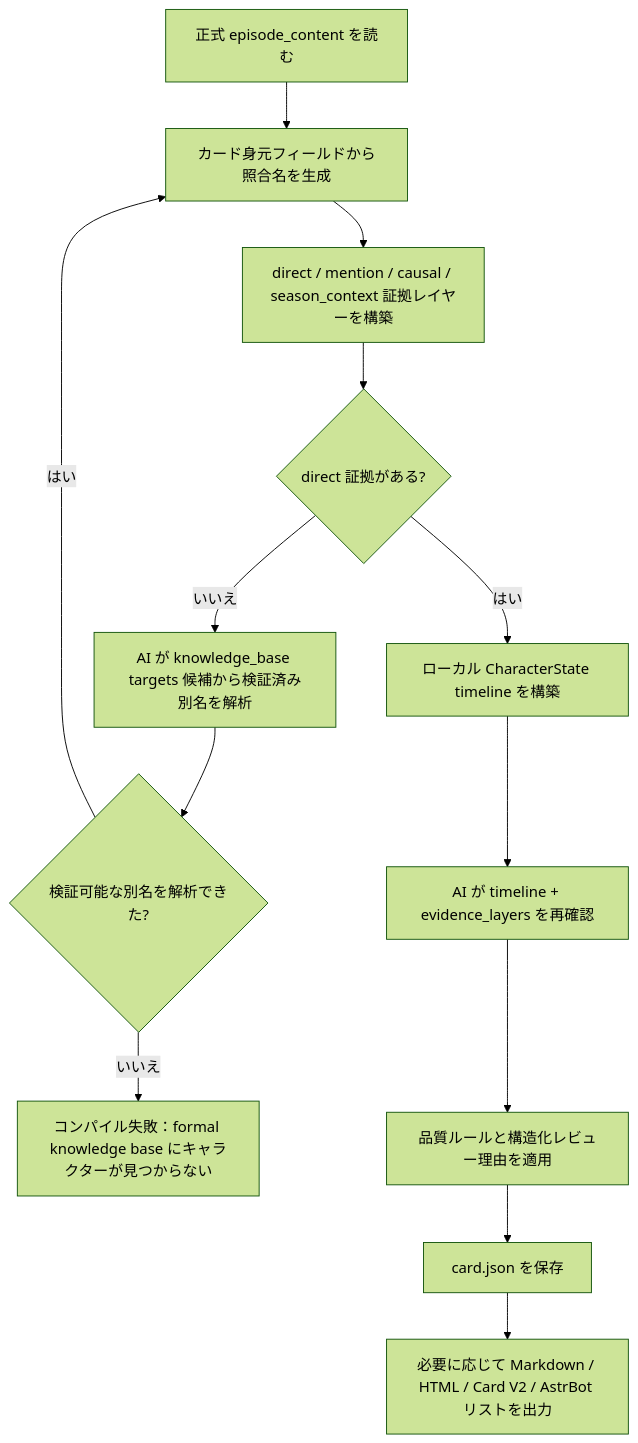
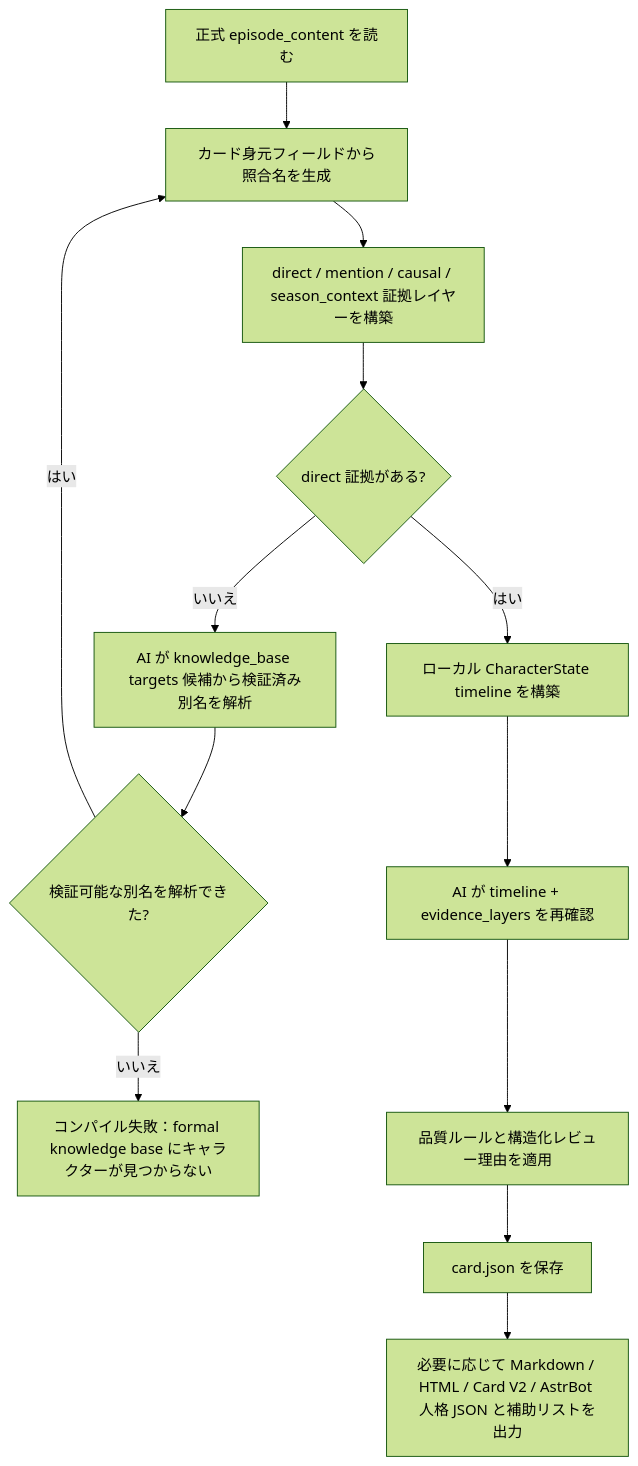
The second of 2 diagrams in docs/reference/extraction-workflow.ja_JP.md (yomihime/CharaPicker), drawn with Mermaid (forest theme) before and after one commit. The commit also changed other lines of this file and 24 other files, not shown here.

Commit message:
feat: add AstrBot persona JSON export

````diff
--- a/docs/reference/extraction-workflow.ja_JP.md
+++ b/docs/reference/extraction-workflow.ja_JP.md
@@ -227,15 +227,15 @@
 ```mermaid
 flowchart TD
     A[正式 episode_content を読む] --> B[カード身元フィールドから照合名を生成]
     B --> C[direct / mention / causal / season_context 証拠レイヤーを構築]
     C --> D{direct 証拠がある?}
     D -->|いいえ| E[AI が knowledge_base targets 候補から検証済み別名を解析]
     E --> F{検証可能な別名を解析できた?}
     F -->|はい| B
     F -->|いいえ| X[コンパイル失敗：formal knowledge base にキャラクターが見つからない]
     D -->|はい| G[ローカル CharacterState timeline を構築]
     G --> H[AI が timeline + evidence_layers を再確認]
     H --> Q[品質ルールと構造化レビュー理由を適用]
     Q --> I[card.json を保存]
-    I --> J[必要に応じて Markdown / HTML / Card V2 / AstrBot リストを出力]
+    I --> J[必要に応じて Markdown / HTML / Card V2 / AstrBot 人格 JSON と補助リストを出力]
 ```
````
